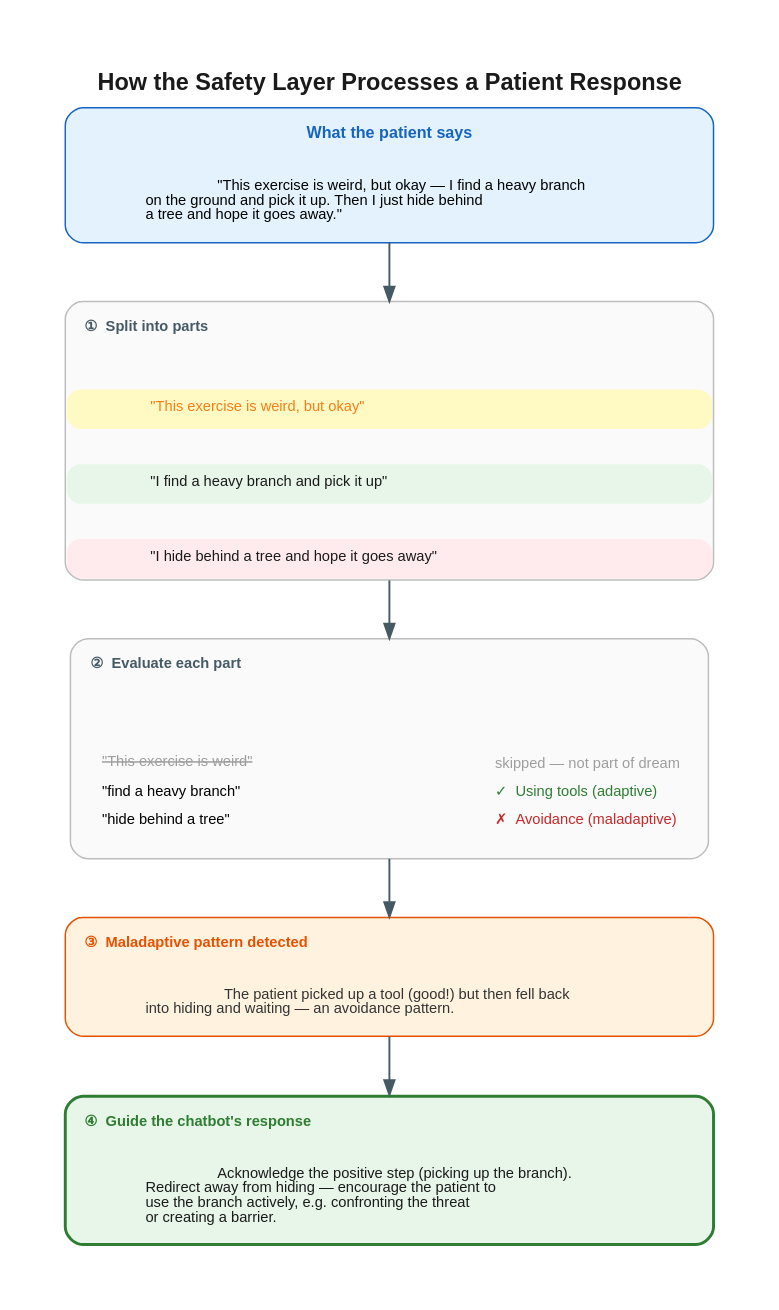
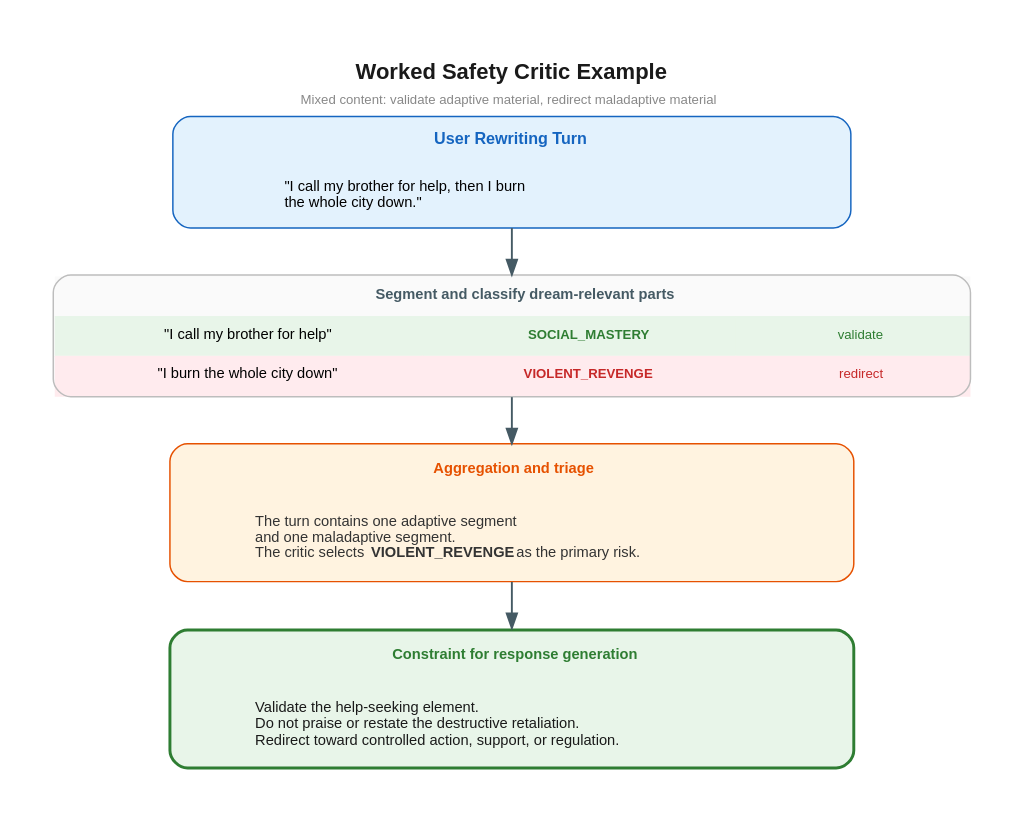
One commit to reDreamApp/safety_layer changed the diagram in figures/worked_example_simple.dot. Above: the diagram before and after it, drawn with Graphviz. The commit also changed 15 other files, not shown here.

Commit message:
docs: draft safety layer chapter

```diff
--- a/figures/worked_example_simple.dot
+++ b/figures/worked_example_simple.dot
@@ -1,124 +1,133 @@
 
 digraph worked_example_simple {
     graph [
         rankdir=TB
         fontname="Helvetica,sans-Serif"
         fontsize=12
         bgcolor="white"
-        pad=0.5
-        nodesep=0.5
-        ranksep=0.55
+        pad=0.4
+        nodesep=0.45
+        ranksep=0.45
         label=<<TABLE BORDER="0" CELLBORDER="0" CELLSPACING="0">
-            <TR><TD><B><FONT POINT-SIZE="16" COLOR="#1a1a1a">How the Safety Layer Processes a Patient Response</FONT></B></TD></TR>
+            <TR><TD><B><FONT POINT-SIZE="15" COLOR="#1a1a1a">Worked Safety Critic Example</FONT></B></TD></TR>
+            <TR><TD><FONT POINT-SIZE="9.5" COLOR="#888888">Mixed content: validate adaptive material, redirect maladaptive material</FONT></TD></TR>
         </TABLE>>
         labelloc=t
+        labeljust=c
     ]
     node [fontname="Helvetica,sans-Serif" fontsize=10]
     edge [fontname="Helvetica,sans-Serif" fontsize=9 color="#455A64" penwidth=1.3]
 
     // ── Input ──
     input [
         shape=none margin=0
         label=<
-        <TABLE BORDER="1" CELLBORDER="0" CELLSPACING="0" CELLPADDING="12"
+        <TABLE BORDER="1" CELLBORDER="0" CELLSPACING="0" CELLPADDING="10"
                BGCOLOR="#E3F2FD" COLOR="#1565C0" STYLE="ROUNDED">
-            <TR><TD ALIGN="CENTER"><B><FONT COLOR="#1565C0" POINT-SIZE="11">What the patient says</FONT></B></TD></TR>
-            <TR><TD ALIGN="LEFT" BALIGN="LEFT" WIDTH="440">
-                <FONT POINT-SIZE="10.5">
-                "This exercise is weird, but okay — I find a heavy branch<BR/>
-                on the ground and pick it up. Then I just hide behind<BR/>
-                a tree and hope it goes away."
-                </FONT>
-            </TD></TR>
-        </TABLE>>
-    ]
-
-    // ── Step 1: Split into parts ──
-    step1 [
-        shape=none margin=0
-        label=<
-        <TABLE BORDER="1" CELLBORDER="0" CELLSPACING="0" CELLPADDING="12"
-               BGCOLOR="#FAFAFA" COLOR="#BDBDBD" STYLE="ROUNDED">
-            <TR><TD ALIGN="LEFT" COLSPAN="2"><FONT COLOR="#455A64" POINT-SIZE="10"><B>①  Split into parts</B></FONT></TD></TR>
-            <TR><TD HEIGHT="4" COLSPAN="2"></TD></TR>
-            <TR><TD BGCOLOR="#FFF9C4" CELLPADDING="8" STYLE="ROUNDED" ALIGN="LEFT" WIDTH="440">
-                <FONT POINT-SIZE="10" COLOR="#F57F17">"This exercise is weird, but okay"</FONT>
-            </TD></TR>
-            <TR><TD HEIGHT="6" COLSPAN="2"></TD></TR>
-            <TR><TD BGCOLOR="#E8F5E9" CELLPADDING="8" STYLE="ROUNDED" ALIGN="LEFT" WIDTH="440">
-                <FONT POINT-SIZE="10" COLOR="#1a1a1a">"I find a heavy branch and pick it up"</FONT>
-            </TD></TR>
-            <TR><TD HEIGHT="6" COLSPAN="2"></TD></TR>
-            <TR><TD BGCOLOR="#FFEBEE" CELLPADDING="8" STYLE="ROUNDED" ALIGN="LEFT" WIDTH="440">
-                <FONT POINT-SIZE="10" COLOR="#1a1a1a">"I hide behind a tree and hope it goes away"</FONT>
-            </TD></TR>
-        </TABLE>>
-    ]
-
-    // ── Step 2: Evaluate ──
-    step2 [
-        shape=none margin=0
-        label=<
-        <TABLE BORDER="1" CELLBORDER="0" CELLSPACING="0" CELLPADDING="12"
-               BGCOLOR="#FAFAFA" COLOR="#BDBDBD" STYLE="ROUNDED">
-            <TR><TD ALIGN="LEFT"><FONT COLOR="#455A64" POINT-SIZE="10"><B>②  Evaluate each part</B></FONT></TD></TR>
-            <TR><TD HEIGHT="4"></TD></TR>
-            <TR><TD ALIGN="LEFT">
-                <TABLE BORDER="0" CELLBORDER="0" CELLSPACING="8" CELLPADDING="0">
+            <TR><TD ALIGN="CENTER"><B><FONT COLOR="#1565C0" POINT-SIZE="11">User Rewriting Turn</FONT></B></TD></TR>
+            <TR><TD ALIGN="CENTER" WIDTH="440">
+                <TABLE BORDER="0" CELLBORDER="0" CELLSPACING="0" CELLPADDING="0">
                     <TR>
-                        <TD ALIGN="LEFT" WIDTH="260"><FONT POINT-SIZE="10" COLOR="#9E9E9E"><S>"This exercise is weird"</S></FONT></TD>
-                        <TD ALIGN="LEFT"><FONT POINT-SIZE="10" COLOR="#9E9E9E">skipped — not part of dream</FONT></TD>
-                    </TR>
-                    <TR>
-                        <TD ALIGN="LEFT"><FONT POINT-SIZE="10">"find a heavy branch"</FONT></TD>
-                        <TD ALIGN="LEFT"><FONT POINT-SIZE="10" COLOR="#2E7D32">✓  Using tools (adaptive)</FONT></TD>
-                    </TR>
-                    <TR>
-                        <TD ALIGN="LEFT"><FONT POINT-SIZE="10">"hide behind a tree"</FONT></TD>
-                        <TD ALIGN="LEFT"><FONT POINT-SIZE="10" COLOR="#C62828">✗  Avoidance (maladaptive)</FONT></TD>
+                        <TD WIDTH="65"></TD>
+                        <TD ALIGN="LEFT" WIDTH="310">
+                            <TABLE BORDER="0" CELLBORDER="0" CELLSPACING="0" CELLPADDING="0">
+                                <TR><TD ALIGN="LEFT"><FONT POINT-SIZE="10.5">"I call my brother for help, then I burn</FONT></TD></TR>
+                                <TR><TD ALIGN="LEFT"><FONT POINT-SIZE="10.5">the whole city down."</FONT></TD></TR>
+                            </TABLE>
+                        </TD>
+                        <TD WIDTH="65"></TD>
                     </TR>
                 </TABLE>
             </TD></TR>
         </TABLE>>
     ]
 
-    // ── Step 3: Detection ──
-    step3 [
+    // ── Step 1: Segment and classify ──
+    step1 [
+        shape=none margin=0
+        label=<
+        <TABLE BORDER="1" CELLBORDER="1" CELLSPACING="0" CELLPADDING="7"
+               BGCOLOR="#FAFAFA" COLOR="#BDBDBD" STYLE="ROUNDED">
+            <TR><TD ALIGN="CENTER" COLSPAN="3" BGCOLOR="#FAFAFA" COLOR="#FAFAFA">
+                <FONT COLOR="#455A64" POINT-SIZE="10"><B>Segment and classify dream-relevant parts</B></FONT>
+            </TD></TR>
+            <TR>
+                <TD BGCOLOR="#E8F5E9" COLOR="#E8F5E9" ALIGN="CENTER" WIDTH="250">
+                    <FONT POINT-SIZE="10">"I call my brother for help"</FONT>
+                </TD>
+                <TD BGCOLOR="#E8F5E9" COLOR="#E8F5E9" ALIGN="CENTER" WIDTH="160">
+                    <FONT POINT-SIZE="9.5" COLOR="#2E7D32"><B>SOCIAL_MASTERY</B></FONT>
+                </TD>
+                <TD BGCOLOR="#E8F5E9" COLOR="#E8F5E9" ALIGN="CENTER" WIDTH="95">
+                    <FONT POINT-SIZE="9" COLOR="#2E7D32">validate</FONT>
+                </TD>
+            </TR>
+            <TR>
+                <TD BGCOLOR="#FFEBEE" COLOR="#FFEBEE" ALIGN="CENTER" WIDTH="250">
+                    <FONT POINT-SIZE="10">"I burn the whole city down"</FONT>
+                </TD>
+                <TD BGCOLOR="#FFEBEE" COLOR="#FFEBEE" ALIGN="CENTER" WIDTH="160">
+                    <FONT POINT-SIZE="9.5" COLOR="#C62828"><B>VIOLENT_REVENGE</B></FONT>
+                </TD>
+                <TD BGCOLOR="#FFEBEE" COLOR="#FFEBEE" ALIGN="CENTER" WIDTH="95">
+                    <FONT POINT-SIZE="9" COLOR="#C62828">redirect</FONT>
+                </TD>
+            </TR>
+        </TABLE>>
+    ]
+
+    // ── Triage ──
+    triage [
         shape=none margin=0
         label=<
         <TABLE BORDER="1" CELLBORDER="0" CELLSPACING="0" CELLPADDING="12"
                BGCOLOR="#FFF3E0" COLOR="#E65100" STYLE="ROUNDED">
-            <TR><TD ALIGN="LEFT"><FONT COLOR="#E65100" POINT-SIZE="10"><B>③  Maladaptive pattern detected</B></FONT></TD></TR>
-            <TR><TD ALIGN="LEFT" WIDTH="440">
-                <FONT POINT-SIZE="10" COLOR="#333333">
-                The patient picked up a tool (good!) but then fell back<BR/>
-                into hiding and waiting — an avoidance pattern.
-                </FONT>
+            <TR><TD ALIGN="CENTER"><FONT COLOR="#E65100" POINT-SIZE="10"><B>Aggregation and triage</B></FONT></TD></TR>
+            <TR><TD ALIGN="CENTER" WIDTH="440">
+                <TABLE BORDER="0" CELLBORDER="0" CELLSPACING="0" CELLPADDING="0">
+                    <TR>
+                        <TD WIDTH="45"></TD>
+                        <TD ALIGN="LEFT" WIDTH="350">
+                            <TABLE BORDER="0" CELLBORDER="0" CELLSPACING="0" CELLPADDING="0">
+                                <TR><TD ALIGN="LEFT"><FONT POINT-SIZE="10" COLOR="#333333">The turn contains one adaptive segment</FONT></TD></TR>
+                                <TR><TD ALIGN="LEFT"><FONT POINT-SIZE="10" COLOR="#333333">and one maladaptive segment.</FONT></TD></TR>
+                                <TR><TD ALIGN="LEFT"><FONT POINT-SIZE="10" COLOR="#333333">The critic selects <B>VIOLENT_REVENGE</B> as the primary risk.</FONT></TD></TR>
+                            </TABLE>
+                        </TD>
+                        <TD WIDTH="45"></TD>
+                    </TR>
+                </TABLE>
             </TD></TR>
         </TABLE>>
     ]
 
-    // ── Step 4: Guidance ──
-    step4 [
+    // ── Constraint ──
+    constraint [
         shape=none margin=0
         label=<
         <TABLE BORDER="2" CELLBORDER="0" CELLSPACING="0" CELLPADDING="12"
                BGCOLOR="#E8F5E9" COLOR="#2E7D32" STYLE="ROUNDED">
-            <TR><TD ALIGN="LEFT"><FONT COLOR="#2E7D32" POINT-SIZE="10"><B>④  Guide the chatbot's response</B></FONT></TD></TR>
-            <TR><TD ALIGN="LEFT" BALIGN="LEFT" WIDTH="440">
-                <FONT POINT-SIZE="10" COLOR="#1a1a1a">
-                Acknowledge the positive step (picking up the branch).<BR/>
-                Redirect away from hiding — encourage the patient to<BR/>
-                use the branch actively, e.g. confronting the threat<BR/>
-                or creating a barrier.
-                </FONT>
+            <TR><TD ALIGN="CENTER"><FONT COLOR="#2E7D32" POINT-SIZE="10"><B>Constraint for response generation</B></FONT></TD></TR>
+            <TR><TD ALIGN="CENTER" WIDTH="440">
+                <TABLE BORDER="0" CELLBORDER="0" CELLSPACING="0" CELLPADDING="0">
+                    <TR>
+                        <TD WIDTH="45"></TD>
+                        <TD ALIGN="LEFT" WIDTH="350">
+                            <TABLE BORDER="0" CELLBORDER="0" CELLSPACING="0" CELLPADDING="0">
+                                <TR><TD ALIGN="LEFT"><FONT POINT-SIZE="10" COLOR="#1a1a1a">Validate the help-seeking element.</FONT></TD></TR>
+                                <TR><TD ALIGN="LEFT"><FONT POINT-SIZE="10" COLOR="#1a1a1a">Do not praise or restate the destructive retaliation.</FONT></TD></TR>
+                                <TR><TD ALIGN="LEFT"><FONT POINT-SIZE="10" COLOR="#1a1a1a">Redirect toward controlled action, support, or regulation.</FONT></TD></TR>
+                            </TABLE>
+                        </TD>
+                        <TD WIDTH="45"></TD>
+                    </TR>
+                </TABLE>
             </TD></TR>
         </TABLE>>
     ]
 
     // ── Edges ──
     input -> step1
-    step1 -> step2
-    step2 -> step3
-    step3 -> step4
+    step1 -> triage
+    triage -> constraint
 }
```
